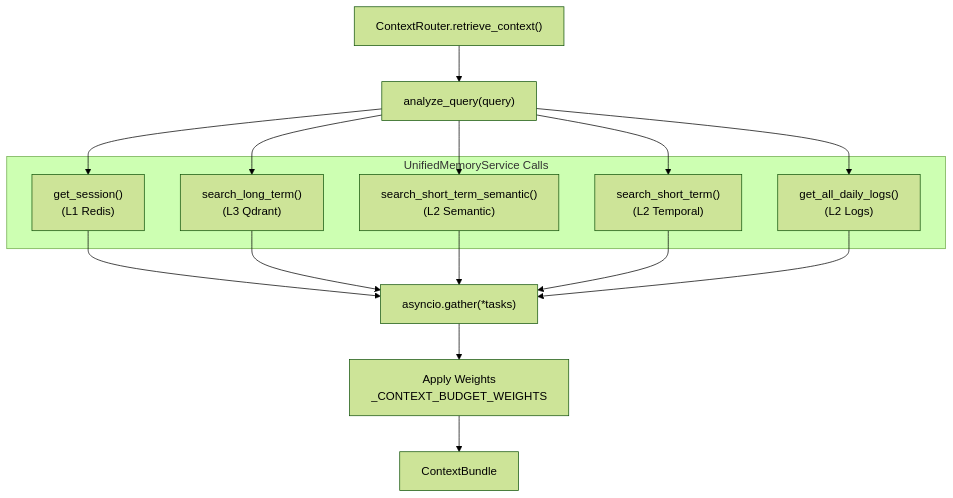
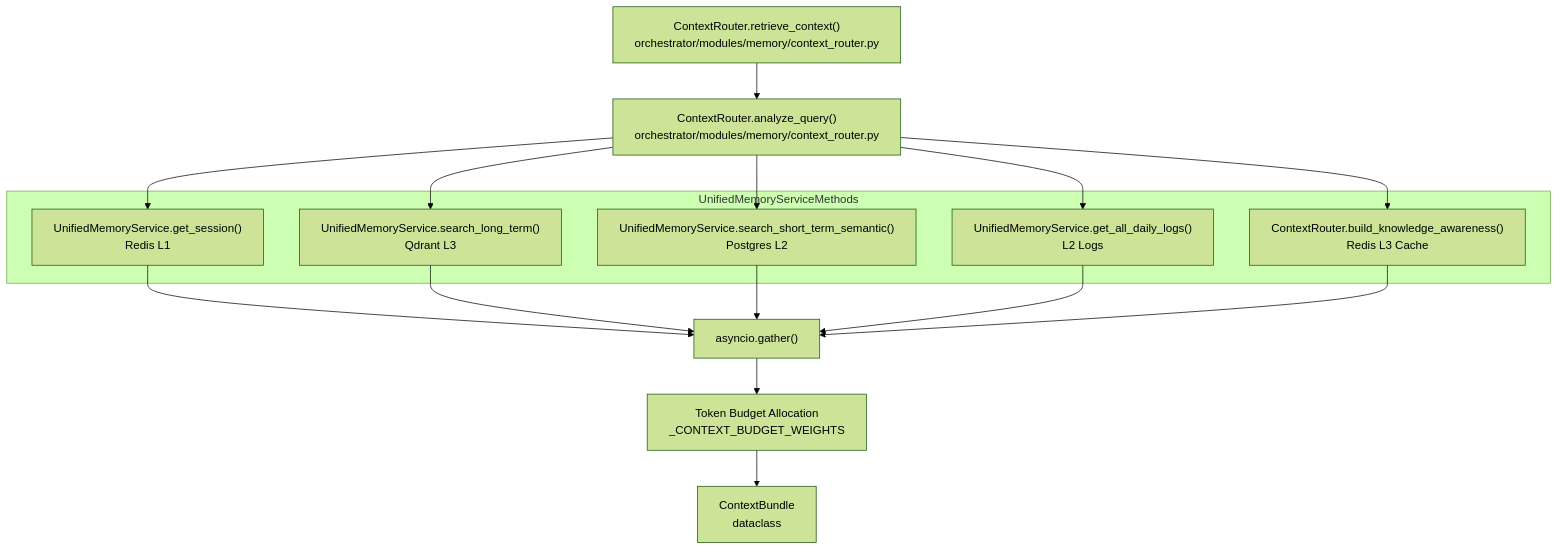
The third of 3 diagrams in docs/memory-system/context-router.md (AutomatosAI/automatos-ai), drawn with Mermaid (forest theme) before and after one commit. The commit also changed other lines of this file and 188 other files, not shown here.

First line of the commit message:
docs: refresh architecture docs and add coverage for new subsystems (#1416)

````diff
--- a/docs/memory-system/context-router.md
+++ b/docs/memory-system/context-router.md
@@ -156,35 +147,33 @@
 ```mermaid
 graph TB
-    Start["ContextRouter.retrieve_context()"]
-    Analyze["analyze_query(query)"]
+    Start["ContextRouter.retrieve_context()<br/>orchestrator/modules/memory/context_router.py"]
+    Analyze["ContextRouter.analyze_query()<br/>orchestrator/modules/memory/context_router.py"]
     
-    subgraph "UnifiedMemoryService Calls"
-        FetchL1["get_session()<br/>(L1 Redis)"]
-        FetchL3["search_long_term()<br/>(L3 Qdrant)"]
-        FetchL2_Sem["search_short_term_semantic()<br/>(L2 Semantic)"]
-        FetchL2_Temp["search_short_term()<br/>(L2 Temporal)"]
-        FetchDaily["get_all_daily_logs()<br/>(L2 Logs)"]
+    subgraph "UnifiedMemoryServiceMethods"
+        L1["UnifiedMemoryService.get_session()<br/>Redis L1"]
+        L3["UnifiedMemoryService.search_long_term()<br/>Qdrant L3"]
+        L2_Sem["UnifiedMemoryService.search_short_term_semantic()<br/>Postgres L2"]
+        Daily["UnifiedMemoryService.get_all_daily_logs()<br/>L2 Logs"]
+        Awareness["ContextRouter.build_knowledge_awareness()<br/>Redis L3 Cache"]
     end
     
-    Gather["asyncio.gather(*tasks)"]
-    
-    Budget["Apply Weights<br/>_CONTEXT_BUDGET_WEIGHTS"]
-    
-    Bundle["ContextBundle"]
+    Gather["asyncio.gather()"]
+    Budget["Token Budget Allocation<br/>_CONTEXT_BUDGET_WEIGHTS"]
+    Bundle["ContextBundle<br/>dataclass"]
     
     Start --> Analyze
-    Analyze --> FetchL1
-    Analyze --> FetchL3
-    Analyze --> FetchL2_Sem
-    Analyze --> FetchL2_Temp
-    Analyze --> FetchDaily
+    Analyze --> L1
+    Analyze --> L3
+    Analyze --> L2_Sem
+    Analyze --> Daily
+    Analyze --> Awareness
     
-    FetchL1 --> Gather
-    FetchL3 --> Gather
-    FetchL2_Sem --> Gather
-    FetchL2_Temp --> Gather
-    FetchDaily --> Gather
+    L1 --> Gather
+    L3 --> Gather
+    L2_Sem --> Gather
+    Daily --> Gather
+    Awareness --> Gather
     
     Gather --> Budget
     Budget --> Bundle
 ```
````
